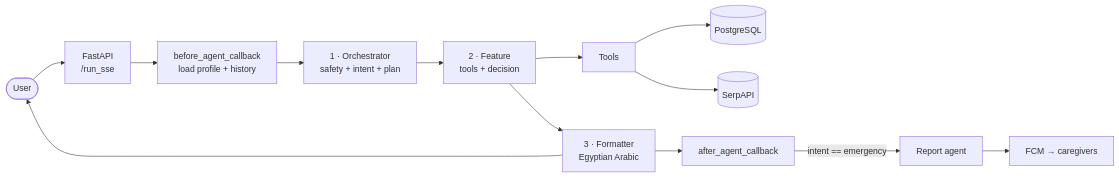
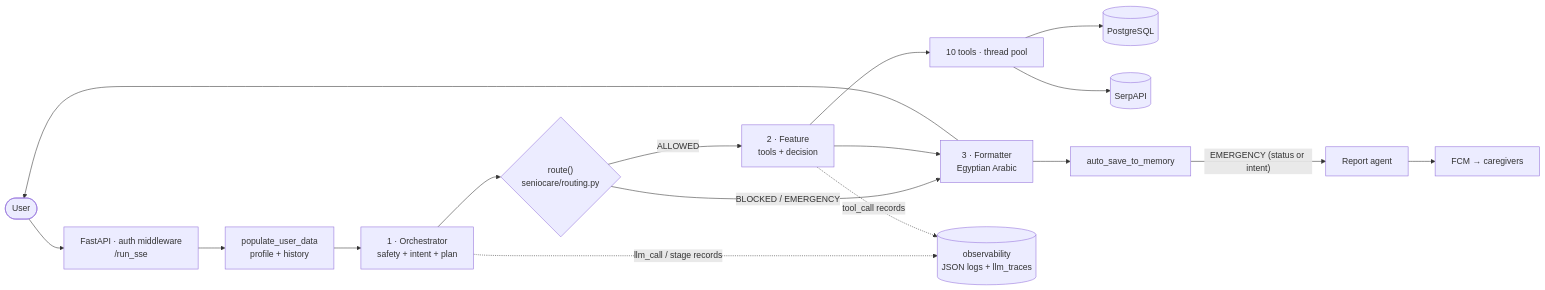
The diagram in README.md (yasser1123/SenioCare), drawn with Mermaid before and after one commit. The commit also changed other lines of this file and 1 other file, not shown here.

First line of the commit message:
docs: README and ARCHITECTURE describe the hardened system

````diff
--- a/README.md
+++ b/README.md
@@ -47,15 +46,19 @@
 ```mermaid
 graph LR
-    U(["User"]) --> API["FastAPI<br/>/run_sse"]
-    API --> CB["before_agent_callback<br/>load profile + history"]
+    U(["User"]) --> API["FastAPI · auth middleware<br/>/run_sse"]
+    API --> CB["populate_user_data<br/>profile + history"]
     CB --> O["1 · Orchestrator<br/>safety + intent + plan"]
-    O --> F["2 · Feature<br/>tools + decision"]
-    F --> M["3 · Formatter<br/>Egyptian Arabic"]
+    O --> R{"route()<br/>seniocare/routing.py"}
+    R -->|ALLOWED| F["2 · Feature<br/>tools + decision"]
+    R -->|BLOCKED / EMERGENCY| M["3 · Formatter<br/>Egyptian Arabic"]
+    F --> M
     M --> U
-    F --> T["Tools"]
+    F --> T["10 tools · thread pool"]
     T --> DB[("PostgreSQL")]
     T --> S[("SerpAPI")]
-    M --> AC["after_agent_callback"]
-    AC -->|"intent == emergency"| R["Report agent"]
-    R --> FCM["FCM → caregivers"]
+    M --> AC["auto_save_to_memory"]
+    AC -->|"EMERGENCY (status or intent)"| RP["Report agent"]
+    RP --> FCM["FCM → caregivers"]
+    O -. llm_call / stage records .-> OBS[("observability<br/>JSON logs + llm_traces")]
+    F -. tool_call records .-> OBS
 ```
````
